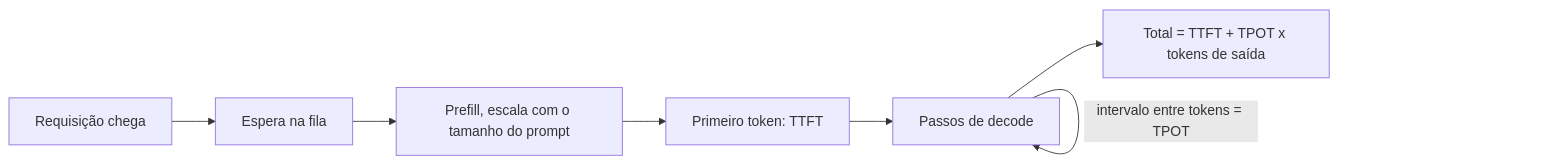
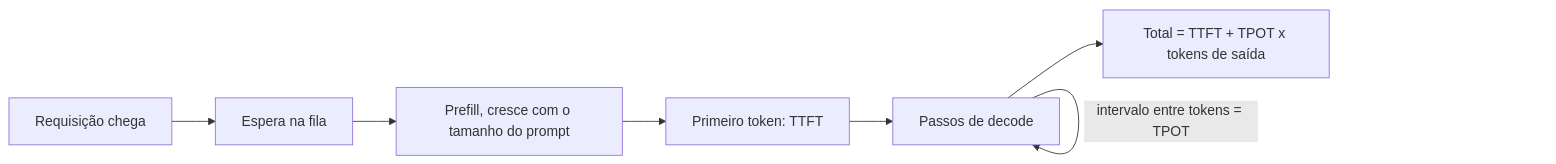
The second of 28 diagrams in 08-inference-and-production/questions.pt-BR.md (andrevberaldo/AI-Engineer-Interview-Questions), drawn with Mermaid before and after one commit. The commit also changed other lines of this file and 1 other file, not shown here.

````diff
--- a/08-inference-and-production/questions.pt-BR.md
+++ b/08-inference-and-production/questions.pt-BR.md
@@ -90,9 +90,9 @@
 ```mermaid
 flowchart LR
     A["Requisição chega"] --> Q["Espera na fila"]
-    Q --> P["Prefill, escala com o tamanho do prompt"]
+    Q --> P["Prefill, cresce com o tamanho do prompt"]
     P --> F["Primeiro token: TTFT"]
     F --> D["Passos de decode"]
     D -->|"intervalo entre tokens = TPOT"| D
     D --> L["Total = TTFT + TPOT x tokens de saída"]
 ```
````
